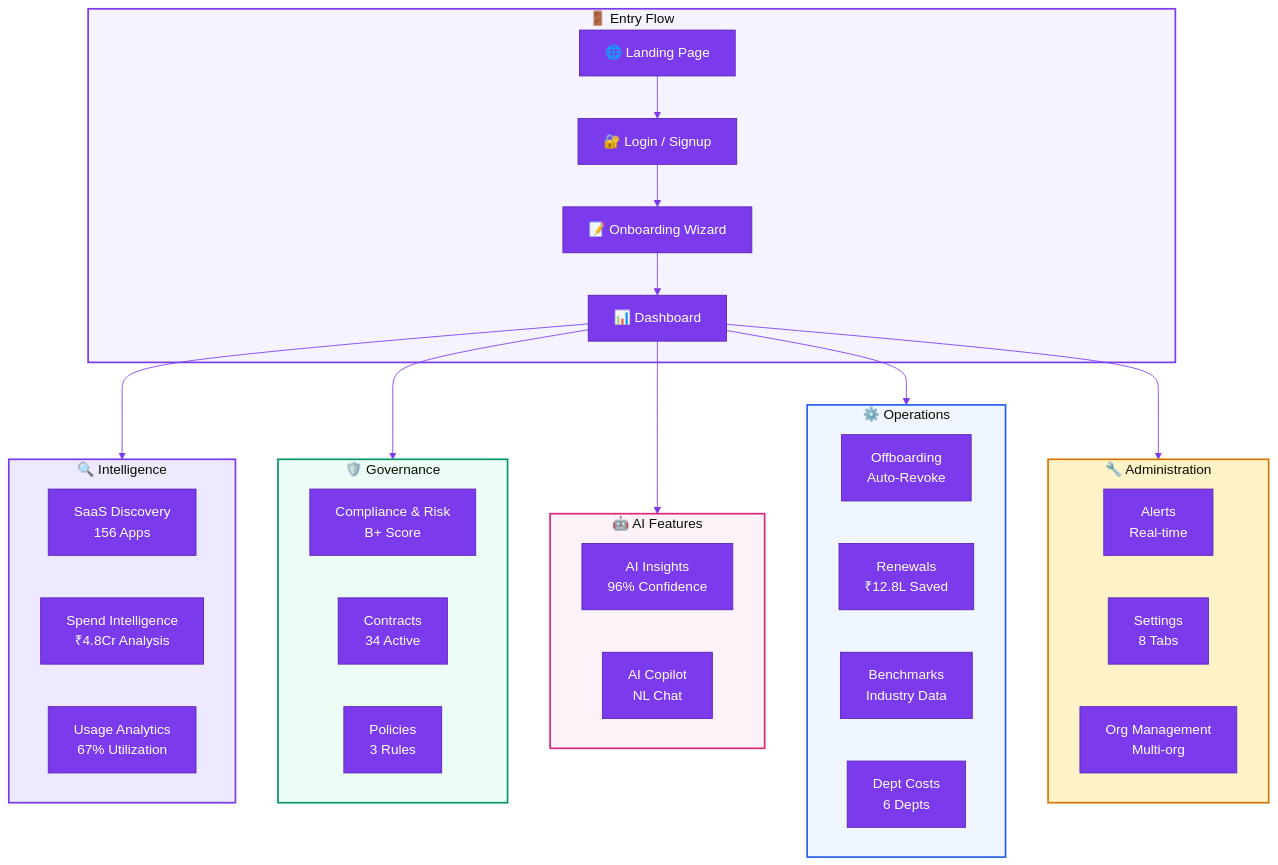
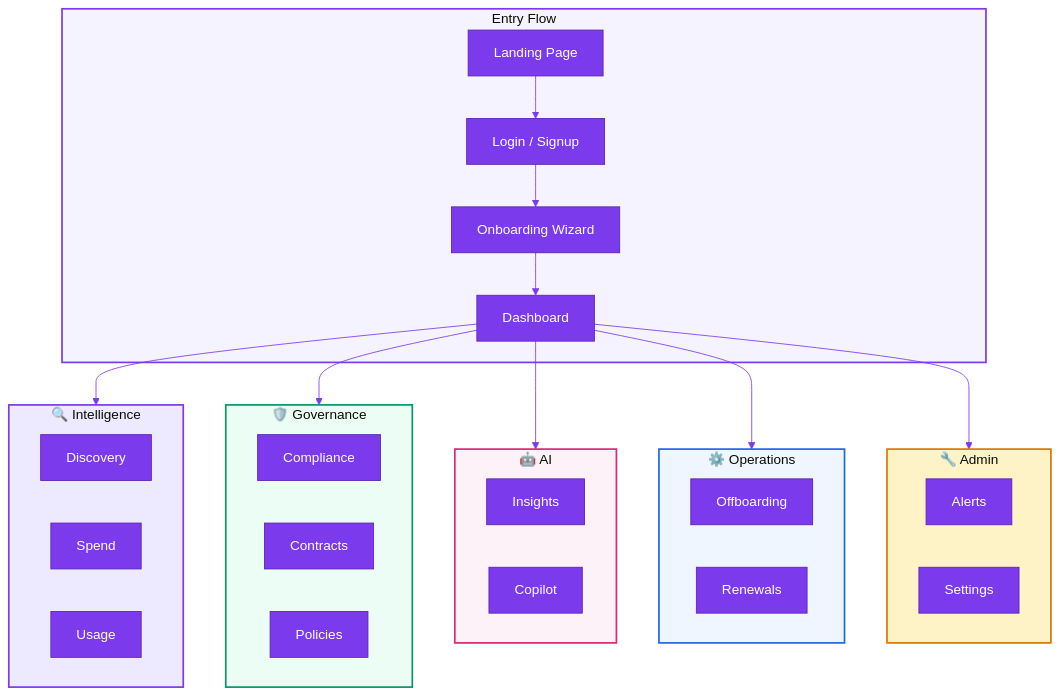
The diagram in docs/README.md (saasiq/saasiq-documentation), drawn with Mermaid before and after one commit. The commit also changed other lines of this file and 31 other files, not shown here.

````diff
--- a/docs/README.md
+++ b/docs/README.md
@@ -313,52 +300,49 @@
 ```mermaid
 %%{init: {'theme': 'base', 'themeVariables': {'primaryColor': '#7C3AED', 'primaryTextColor': '#fff', 'primaryBorderColor': '#5B21B6', 'lineColor': '#7C3AED', 'secondaryColor': '#EDE9FE', 'tertiaryColor': '#F5F3FF', 'fontFamily': 'Inter'}}}%%
 graph TB
-    subgraph ENTRY["🚪 Entry Flow"]
-        LP["🌐 Landing Page"] --> AUTH["🔐 Login / Signup"]
-        AUTH --> OB["📝 Onboarding Wizard"]
-        OB --> DASH["📊 Dashboard"]
+    subgraph ENTRY["Entry Flow"]
+        LP["Landing Page"] --> AUTH["Login / Signup"]
+        AUTH --> OB["Onboarding Wizard"]
+        OB --> DASH["Dashboard"]
     end
 
-    subgraph INTELLIGENCE["🔍 Intelligence"]
-        SD["SaaS Discovery<br/>156 Apps"]
-        SI["Spend Intelligence<br/>₹4.8Cr Analysis"]
-        UA["Usage Analytics<br/>67% Utilization"]
+    DASH --> INT["Intelligence"]
+    DASH --> GOV["Governance"]
+    DASH --> AI["AI Features"]
+    DASH --> OPS["Operations"]
+    DASH --> ADM["Admin"]
+
+    subgraph INT["🔍 Intelligence"]
+        SD["Discovery"]
+        SI["Spend"]
+        UA["Usage"]
     end
 
-    subgraph GOVERNANCE["🛡️ Governance"]
-        CR["Compliance & Risk<br/>B+ Score"]
-        CON["Contracts<br/>34 Active"]
-        POL["Policies<br/>3 Rules"]
+    subgraph GOV["🛡️ Governance"]
+        CR["Compliance"]
+        CON["Contracts"]
+        POL["Policies"]
     end
 
-    subgraph AIFEATURES["🤖 AI Features"]
-        INS["AI Insights<br/>96% Confidence"]
-        COP["AI Copilot<br/>NL Chat"]
+    subgraph AI["🤖 AI"]
+        INS["Insights"]
+        COP["Copilot"]
     end
 
-    subgraph OPERATIONS["⚙️ Operations"]
-        OFF["Offboarding<br/>Auto-Revoke"]
-        REN["Renewals<br/>₹12.8L Saved"]
-        BEN["Benchmarks<br/>Industry Data"]
-        DC["Dept Costs<br/>6 Depts"]
+    subgraph OPS["⚙️ Operations"]
+        OFF["Offboarding"]
+        REN["Renewals"]
     end
 
-    subgraph ADMIN["🔧 Administration"]
-        ALR["Alerts<br/>Real-time"]
-        SET["Settings<br/>8 Tabs"]
-        ORG["Org Management<br/>Multi-org"]
+    subgraph ADM["🔧 Admin"]
+        ALR["Alerts"]
+        SET["Settings"]
     end
 
-    DASH --> INTELLIGENCE
-    DASH --> GOVERNANCE
-    DASH --> AIFEATURES
-    DASH --> OPERATIONS
-    DASH --> ADMIN
-
     style ENTRY fill:#F5F3FF,stroke:#7C3AED,stroke-width:2px
-    style INTELLIGENCE fill:#EDE9FE,stroke:#7C3AED,stroke-width:2px
-    style GOVERNANCE fill:#ECFDF5,stroke:#059669,stroke-width:2px
-    style AIFEATURES fill:#FDF2F8,stroke:#DB2777,stroke-width:2px
-    style OPERATIONS fill:#EFF6FF,stroke:#2563EB,stroke-width:2px
-    style ADMIN fill:#FEF3C7,stroke:#D97706,stroke-width:2px
+    style INT fill:#EDE9FE,stroke:#7C3AED,stroke-width:2px
+    style GOV fill:#ECFDF5,stroke:#059669,stroke-width:2px
+    style AI fill:#FDF2F8,stroke:#DB2777,stroke-width:2px
+    style OPS fill:#EFF6FF,stroke:#2563EB,stroke-width:2px
+    style ADM fill:#FEF3C7,stroke:#D97706,stroke-width:2px
 ```
````
